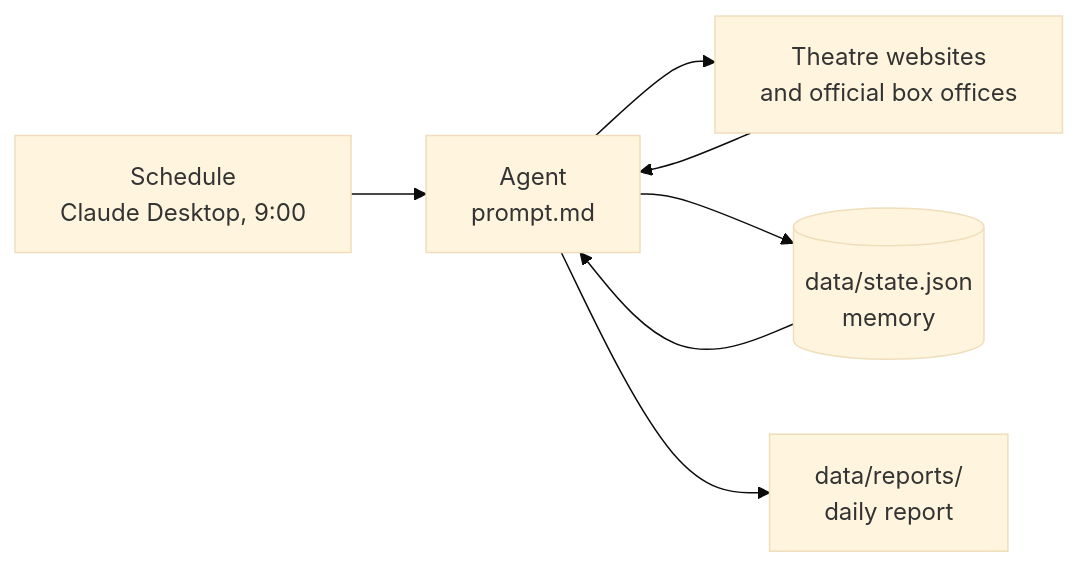
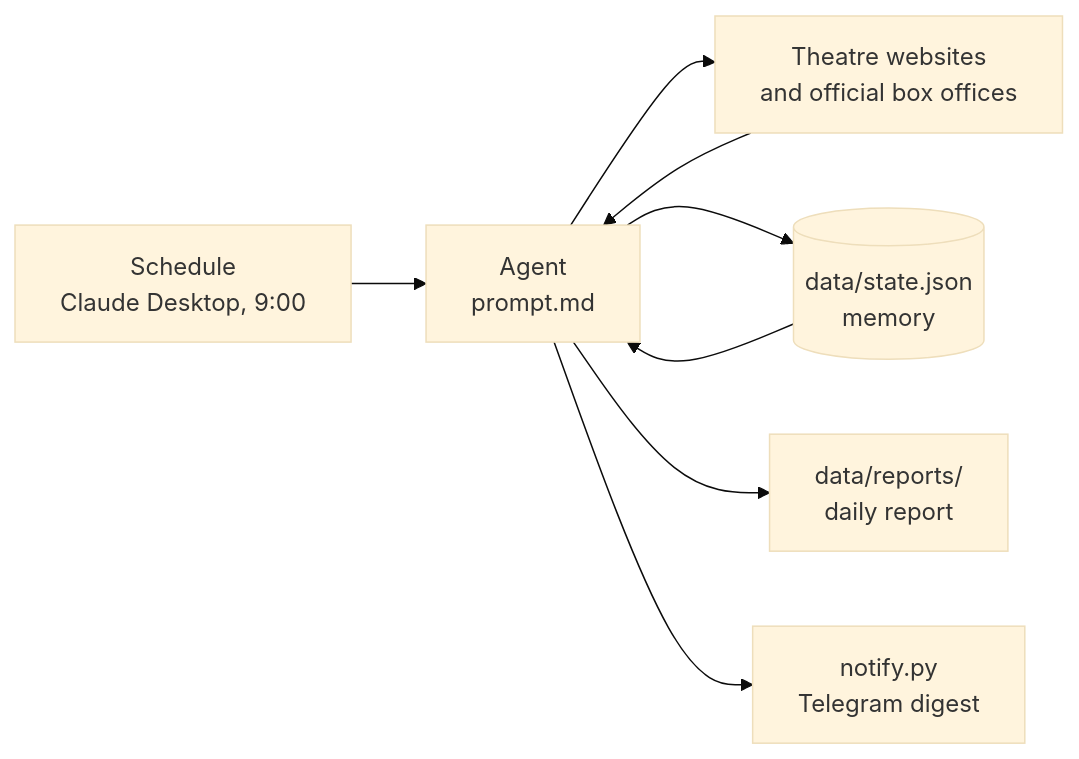
One commit to Lelena1/theater-tickets changed the diagram in README.en.md. Above: the diagram before and after it, drawn with Mermaid (base theme). The commit also changed other lines of this file and 5 other files, not shown here.

````diff
--- a/README.en.md
+++ b/README.en.md
@@ -20,9 +20,10 @@
 ```mermaid
 flowchart LR
     S["Schedule<br/>Claude Desktop, 9:00"] --> A["Agent<br/>prompt.md"]
     M[("data/state.json<br/>memory")] --> A
     A --> T["Theatre websites<br/>and official box offices"]
     T --> A
     A --> M
     A --> R["data/reports/<br/>daily report"]
+    A --> N["notify.py<br/>Telegram digest"]
 ```
````
